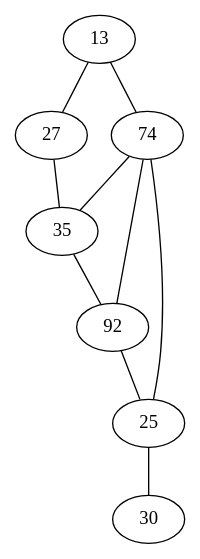
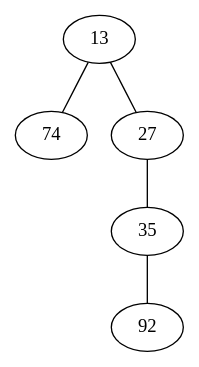
Before and after one commit to vinicius-de-souza/graphapplication: the diagram in testes/intersecao.dot, drawn with Graphviz. The commit also changed 7 other files, not shown here.

```diff
--- a/testes/intersecao.dot
+++ b/testes/intersecao.dot
@@ -1,41 +1,21 @@
 strict graph G { 
  
 
     13 --  74
     13 --  27
     13 --  74
     13 --  27
     74 --  13
     74 --  13
-    74 --  35
-    74 --  92
-    74 --  25
-    74 --  35
-    74 --  92
-    74 --  25
     27 --  13
     27 --  13
     27 --  35
     27 --  35
-    35 --  74
     35 --  27
     35 --  27
     35 --  92
-    35 --  74
     35 --  92
-    92 --  74
     92 --  35
     92 --  35
-    92 --  74
-    92 --  25
-    92 --  25
-    25 --  74
-    25 --  92
-    25 --  74
-    25 --  92
-    25 --  30
-    25 --  30
-    30 --  25
-    30 --  25
 
  }
```
